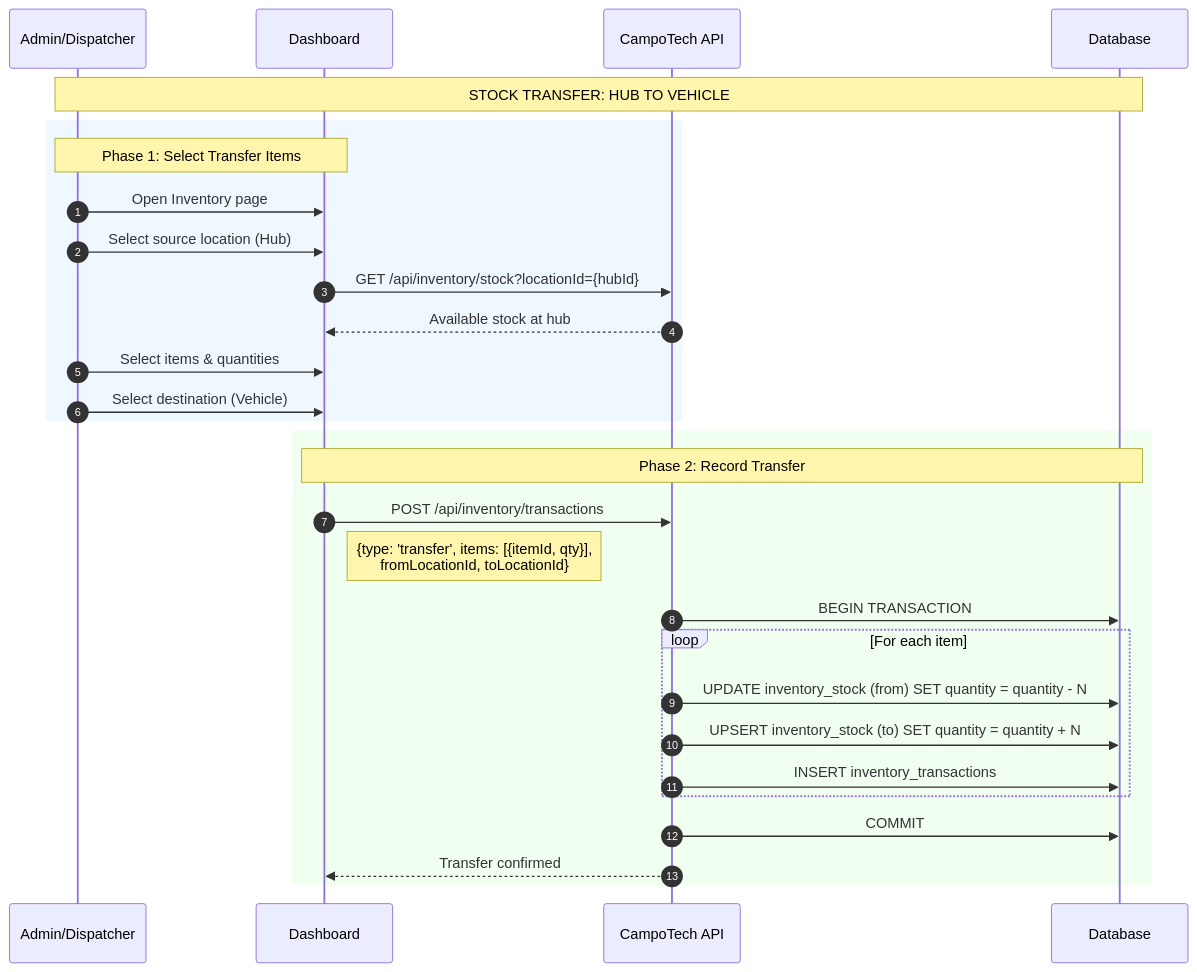
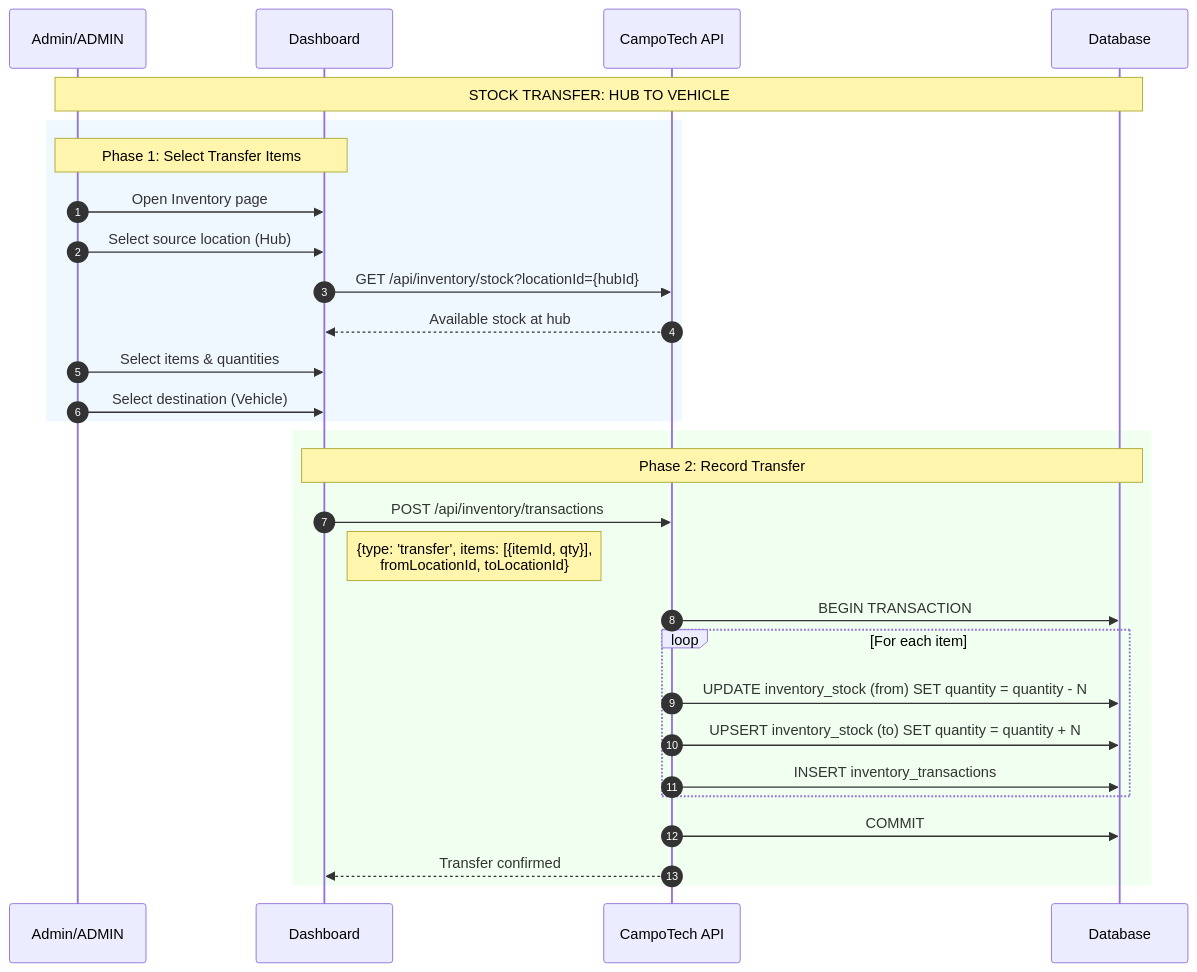
Diagram 16 of 19 in architecture/campotech-end-to-end-flows.md (leftonspace/CampoTech), drawn with Mermaid before and after one commit. The commit also changed other lines of this file and 146 other files, not shown here.

Commit message:
feat: Establish foundational application structure, implement core features and APIs across web, mobile, and admin, and add comprehensive documentation, architecture, and testing.

````diff
--- a/architecture/campotech-end-to-end-flows.md
+++ b/architecture/campotech-end-to-end-flows.md
@@ -2766,43 +2766,43 @@
 ```mermaid
 sequenceDiagram
     autonumber
 
-    participant User as Admin/Dispatcher
+    participant User as Admin/ADMIN
     participant Web as Dashboard
     participant API as CampoTech API
     participant DB as Database
 
     Note over User,DB: STOCK TRANSFER: HUB TO VEHICLE
 
     %% Select items
     rect rgb(240, 248, 255)
         Note over User,Web: Phase 1: Select Transfer Items
 
         User->>Web: Open Inventory page
         User->>Web: Select source location (Hub)
         Web->>API: GET /api/inventory/stock?locationId={hubId}
         API-->>Web: Available stock at hub
 
         User->>Web: Select items & quantities
         User->>Web: Select destination (Vehicle)
     end
 
     %% Create transaction
     rect rgb(240, 255, 240)
         Note over Web,DB: Phase 2: Record Transfer
 
         Web->>API: POST /api/inventory/transactions
         Note right of Web: {type: 'transfer', items: [{itemId, qty}],<br/>fromLocationId, toLocationId}
 
         API->>DB: BEGIN TRANSACTION
 
         loop For each item
             API->>DB: UPDATE inventory_stock (from) SET quantity = quantity - N
             API->>DB: UPSERT inventory_stock (to) SET quantity = quantity + N
             API->>DB: INSERT inventory_transactions
         end
 
         API->>DB: COMMIT
         API-->>Web: Transfer confirmed
     end
 ```
````
